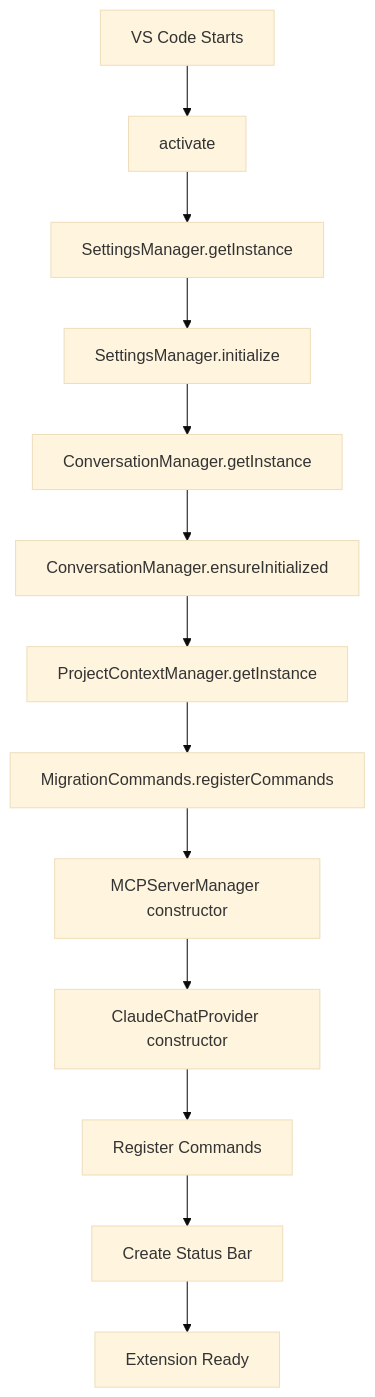
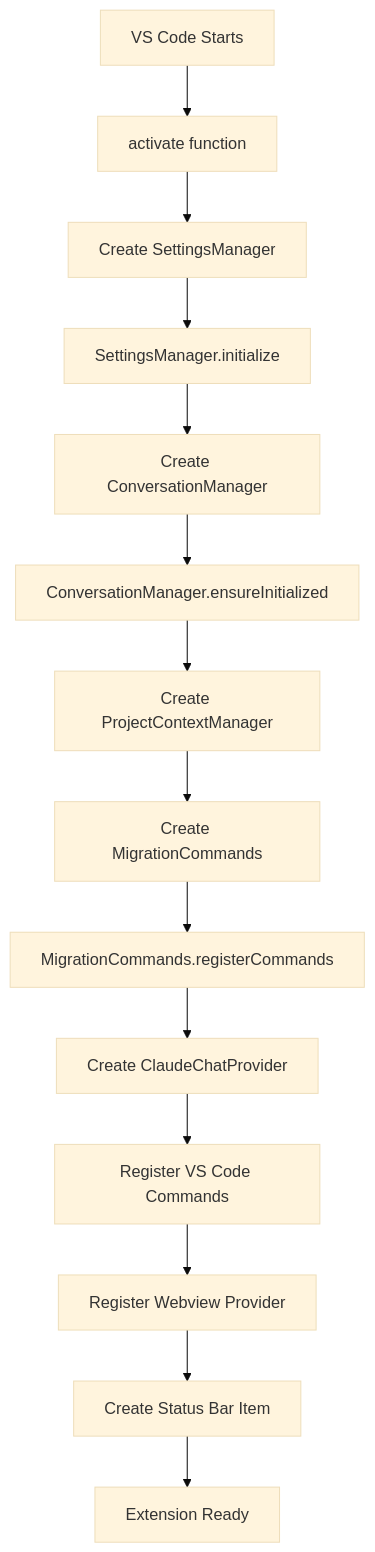
The first of 7 diagrams in docs/CODE_FLOWS.md (craig-yappert/multi-agent-chat-extension), drawn with Mermaid (base theme) before and after one commit. The commit also changed other lines of this file, not shown here.

First line of the commit message:
docs: Rewrite CODE_FLOWS.md for concept-focused accuracy (v1.13.0)

````diff
--- a/docs/CODE_FLOWS.md
+++ b/docs/CODE_FLOWS.md
@@ -19,15 +24,16 @@
 ```mermaid
 graph TD
-    A[VS Code Starts] --> B[activate]
-    B --> C[SettingsManager.getInstance]
+    A[VS Code Starts] --> B[activate function]
+    B --> C[Create SettingsManager]
     C --> D[SettingsManager.initialize]
-    D --> E[ConversationManager.getInstance]
+    D --> E[Create ConversationManager]
     E --> F[ConversationManager.ensureInitialized]
-    F --> G[ProjectContextManager.getInstance]
-    G --> H[MigrationCommands.registerCommands]
-    H --> I[MCPServerManager constructor]
-    I --> J[ClaudeChatProvider constructor]
-    J --> K[Register Commands]
-    K --> L[Create Status Bar]
-    L --> M[Extension Ready]
+    F --> G[Create ProjectContextManager]
+    G --> H[Create MigrationCommands]
+    H --> I[MigrationCommands.registerCommands]
+    I --> J[Create ClaudeChatProvider]
+    J --> K[Register VS Code Commands]
+    K --> L[Register Webview Provider]
+    L --> M[Create Status Bar Item]
+    M --> N[Extension Ready]
 ```
````
